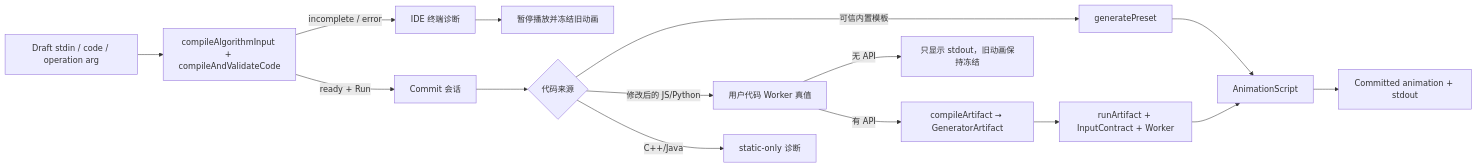
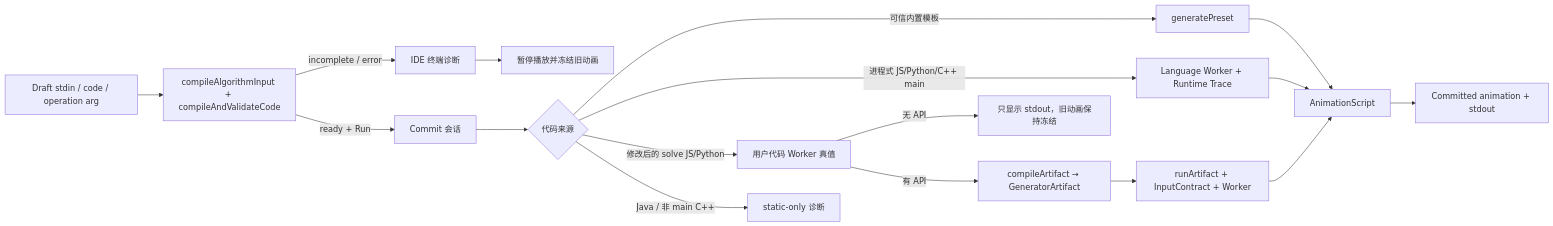
The second of 4 diagrams in docs/architecture/README.md (1123074811/AlgoViz), drawn with Mermaid before and after one commit. The commit also changed other lines of this file and 4 other files, not shown here.

````diff
--- a/docs/architecture/README.md
+++ b/docs/architecture/README.md
@@ -85,17 +85,19 @@
 ```mermaid
 flowchart LR
     A["Draft stdin / code / operation arg"] --> B["compileAlgorithmInput + compileAndValidateCode"]
     B -->|"incomplete / error"| C["IDE 终端诊断"]
     C --> D["暂停播放并冻结旧动画"]
     B -->|"ready + Run"| E["Commit 会话"]
     E --> F{"代码来源"}
     F -->|"可信内置模板"| G["generatePreset"]
-    F -->|"修改后的 JS/Python"| H["用户代码 Worker 真值"]
-    F -->|"C++/Java"| I["static-only 诊断"]
+    F -->|"进程式 JS/Python/C++ main"| P["Language Worker + Runtime Trace"]
+    F -->|"修改后的 solve JS/Python"| H["用户代码 Worker 真值"]
+    F -->|"Java / 非 main C++"| I["static-only 诊断"]
+    P --> M
     H -->|"无 API"| J["只显示 stdout，旧动画保持冻结"]
     H -->|"有 API"| K["compileArtifact → GeneratorArtifact"]
     K --> L["runArtifact + InputContract + Worker"]
     G --> M["AnimationScript"]
     L --> M
     M --> N["Committed animation + stdout"]
 ```
````
